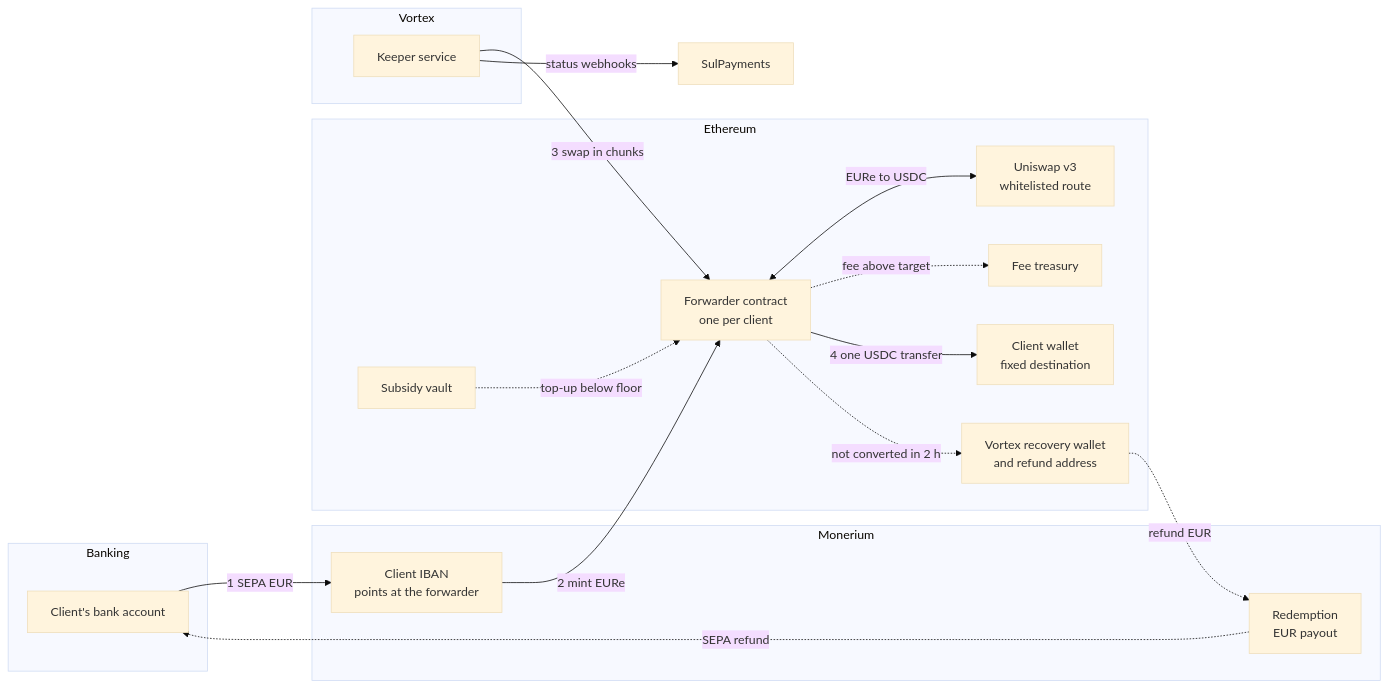
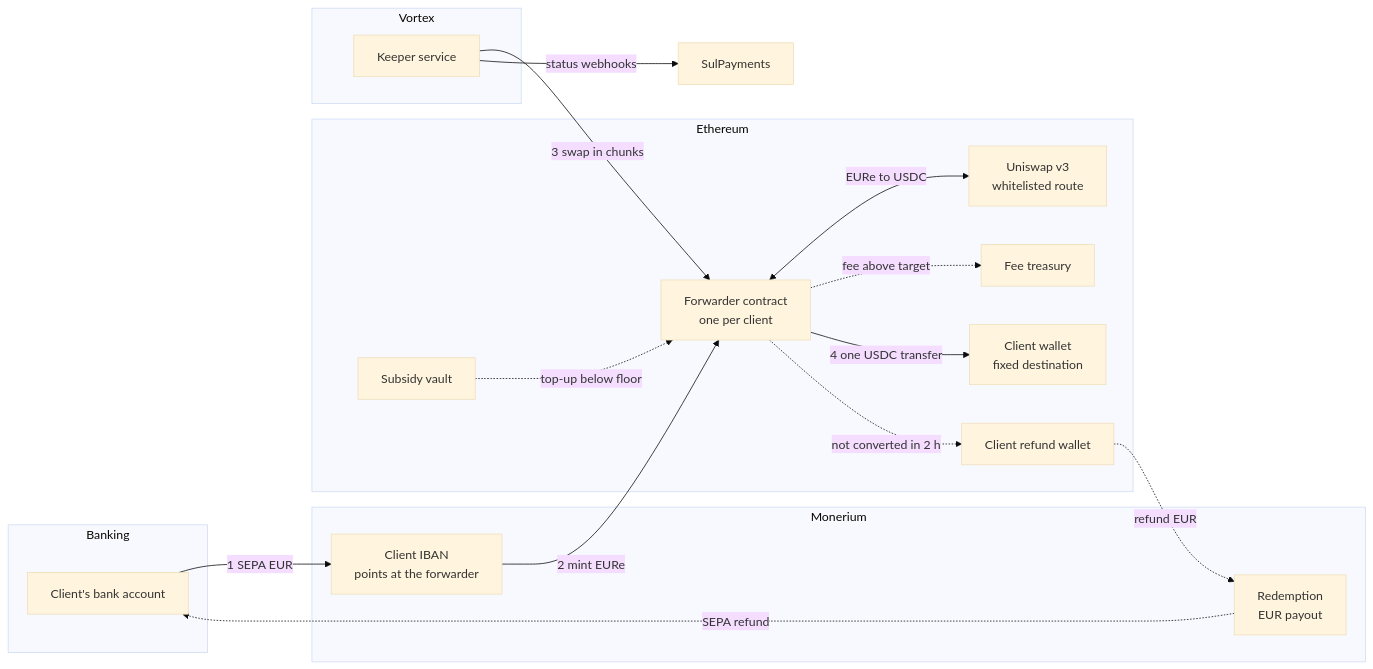
Before and after one commit to pendulum-chain/vortex: the first of 6 diagrams in docs/product-monerium-b2b-flow.md, drawn with Mermaid (base theme). The commit also changed other lines of this file and 5 other files, not shown here.

First line of the commit message:
docs(repo): document per-client refund wallets for the B2B onramp

````diff
--- a/docs/product-monerium-b2b-flow.md
+++ b/docs/product-monerium-b2b-flow.md
@@ -58,34 +58,34 @@
 ```mermaid
 flowchart LR
     subgraph Bank["Banking"]
         CB["Client's bank account"]
     end
     subgraph Mon["Monerium"]
         IBAN["Client IBAN<br/>points at the forwarder"]
         RED["Redemption<br/>EUR payout"]
     end
     subgraph Eth["Ethereum"]
         FWD["Forwarder contract<br/>one per client"]
         UNI["Uniswap v3<br/>whitelisted route"]
         VAULT["Subsidy vault"]
         TREAS["Fee treasury"]
         DEST["Client wallet<br/>fixed destination"]
-        REC["Vortex recovery wallet<br/>and refund address"]
+        REC["Client refund wallet"]
     end
     subgraph Vx["Vortex"]
         KEEP["Keeper service"]
     end
     SP["SulPayments"]
 
     CB -- "1 SEPA EUR" --> IBAN
     IBAN -- "2 mint EURe" --> FWD
     KEEP -- "3 swap in chunks" --> FWD
     FWD <-- "EURe to USDC" --> UNI
     VAULT -. "top-up below floor" .-> FWD
     FWD -. "fee above target" .-> TREAS
     FWD -- "4 one USDC transfer" --> DEST
     KEEP -- "status webhooks" --> SP
     FWD -. "not converted in 2 h" .-> REC
     REC -. "refund EUR" .-> RED
     RED -. "SEPA refund" .-> CB
 ```
````
